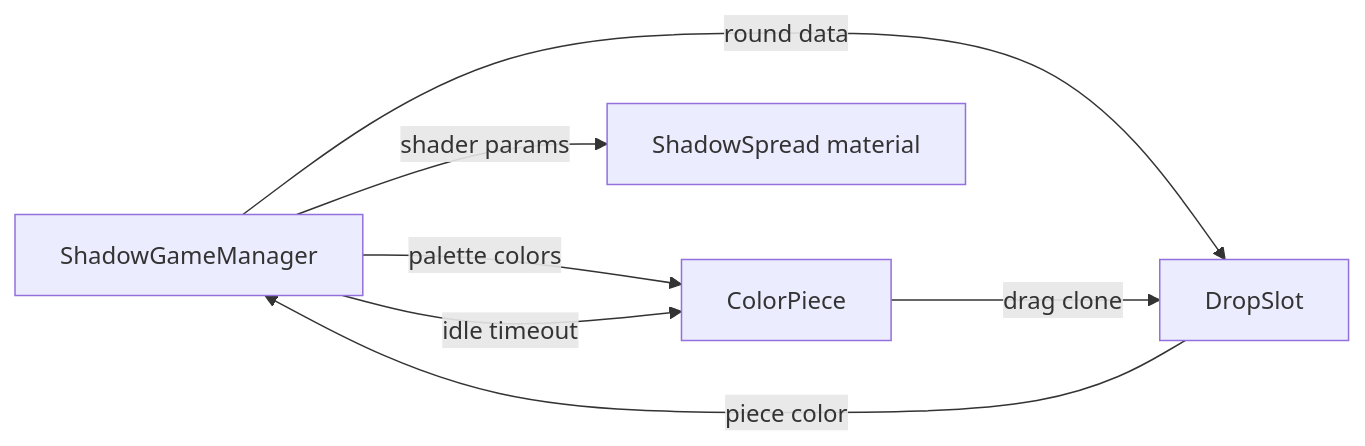
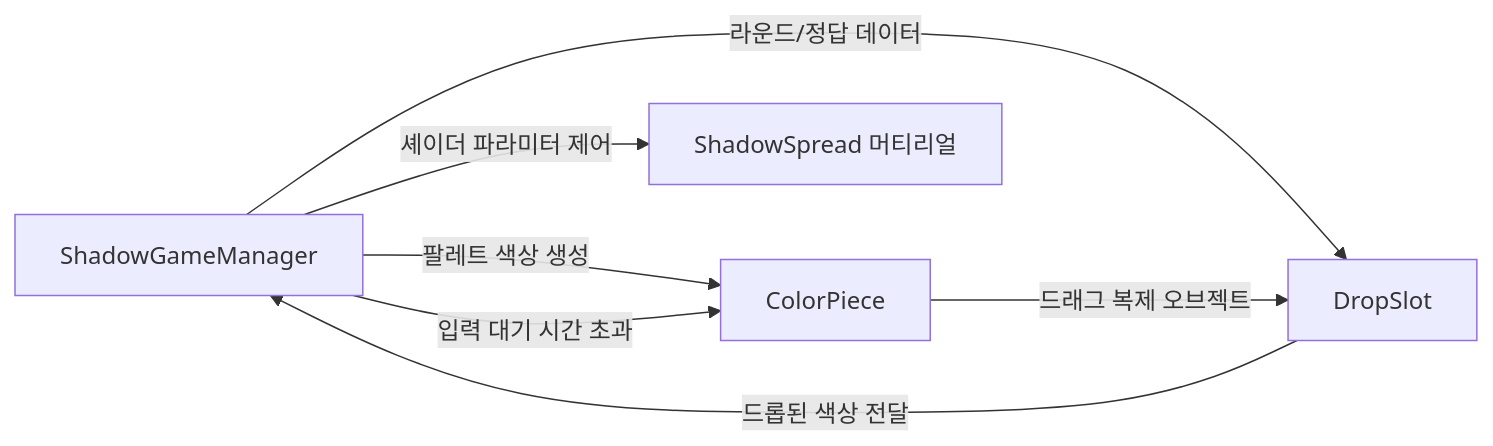
Before and after one commit to yangwonkyu/memoleaf: the fourth of 6 diagrams in docs/content-flowcharts.md, drawn with Mermaid. The commit also changed other lines of this file and 4 other files, not shown here.

Commit message:
Document Korean flowcharts and custom presentation work

````diff
--- a/docs/content-flowcharts.md
+++ b/docs/content-flowcharts.md
@@ -73,9 +73,9 @@
 ```mermaid
 flowchart LR
-    A[ShadowGameManager] -->|round data| B[DropSlot]
-    A -->|palette colors| C[ColorPiece]
-    C -->|drag clone| B
-    B -->|piece color| A
-    A -->|shader params| D[ShadowSpread material]
-    A -->|idle timeout| C
+    A[ShadowGameManager] -->|라운드/정답 데이터| B[DropSlot]
+    A -->|팔레트 색상 생성| C[ColorPiece]
+    C -->|드래그 복제 오브젝트| B
+    B -->|드롭된 색상 전달| A
+    A -->|셰이더 파라미터 제어| D[ShadowSpread 머티리얼]
+    A -->|입력 대기 시간 초과| C
 ```
````
